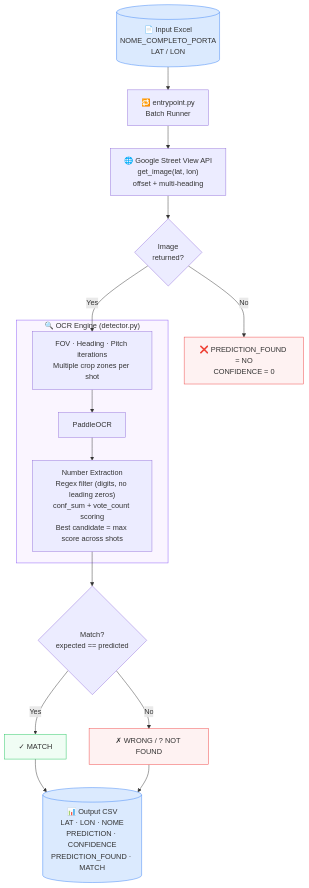
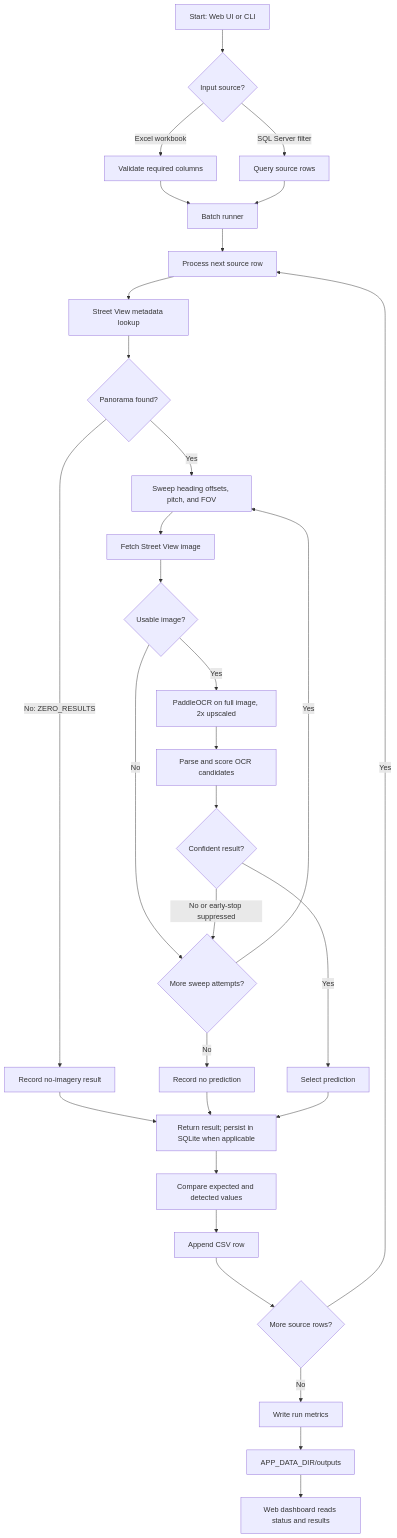
Before and after one commit to oliveibc-maker/door_number_detector: the diagram in flowcharts/flowchart.mmd, drawn with Mermaid. The commit also changed 8 other files, not shown here.

```diff
--- a/flowcharts/flowchart.mmd
+++ b/flowcharts/flowchart.mmd
@@ -1,35 +1,31 @@
 flowchart TD
-    A[("📄 Input Excel\nNOME_COMPLETO_PORTA\nLAT / LON")] --> B
-
-    B["🔁 entrypoint.py\nBatch Runner"]
-
-    B --> E["🌐 Google Street View API\nget_image(lat, lon)\noffset + multi-heading"]
-
-    E --> F{"Image\nreturned?"}
-    F -- No  --> G["❌ PREDICTION_FOUND = NO\nCONFIDENCE = 0"]
-    F -- Yes --> H
-
-    subgraph OCR ["🔍 OCR Engine (detector.py)"]
-        H["FOV · Heading · Pitch iterations\nMultiple crop zones per shot"]
-        H --> I["PaddleOCR"]
-        I --> J["Number Extraction\nRegex filter (digits, no leading zeros)\nconf_sum + vote_count scoring\nBest candidate = max score across shots"]
-    end
-
-    J --> K{"Match?\nexpected == predicted"}
-    K -- Yes --> L["✓ MATCH"]
-    K -- No  --> M["✗ WRONG / ? NOT FOUND"]
-
-    L --> N
-    M --> N
-
-    N[("📊 Output CSV\nLAT · LON · NOME\nPREDICTION · CONFIDENCE\nPREDICTION_FOUND · MATCH")]
-
-    %% N --> O["🖥️ Web Dashboard\nReal-time results\n& metrics"]
-
-    style A fill:#dbeafe,stroke:#3b82f6
-    style N fill:#dbeafe,stroke:#3b82f6
-    %% style O fill:#f0fdf4,stroke:#22c55e
-    style G fill:#fef2f2,stroke:#ef4444
-    style L fill:#f0fdf4,stroke:#22c55e
-    style M fill:#fef2f2,stroke:#ef4444
-    style OCR fill:#faf5ff,stroke:#8b5cf6
+    A["Start: Web UI or CLI"] --> B{"Input source?"}
+    B -->|Excel workbook| C["Validate required columns"]
+    B -->|SQL Server filter| D["Query source rows"]
+    C --> E["Batch runner"]
+    D --> E
+    E --> F["Process next source row"]
+    F --> G["Street View metadata lookup"]
+    G --> H{"Panorama found?"}
+    H -->|No: ZERO_RESULTS| I["Record no-imagery result"]
+    H -->|Yes| J["Sweep heading offsets, pitch, and FOV"]
+    J --> K["Fetch Street View image"]
+    K --> L{"Usable image?"}
+    L -->|No| M{"More sweep attempts?"}
+    M -->|Yes| J
+    M -->|No| N["Record no prediction"]
+    L -->|Yes| O["PaddleOCR on full image, 2x upscaled"]
+    O --> P["Parse and score OCR candidates"]
+    P --> Q{"Confident result?"}
+    Q -->|No or early-stop suppressed| M
+    Q -->|Yes| R["Select prediction"]
+    I --> S["Return result; persist in SQLite when applicable"]
+    N --> S
+    R --> S
+    S --> T["Compare expected and detected values"]
+    T --> U["Append CSV row"]
+    U --> V{"More source rows?"}
+    V -->|Yes| F
+    V -->|No| W["Write run metrics"]
+    W --> X["APP_DATA_DIR/outputs"]
+    X --> Y["Web dashboard reads status and results"]
```
